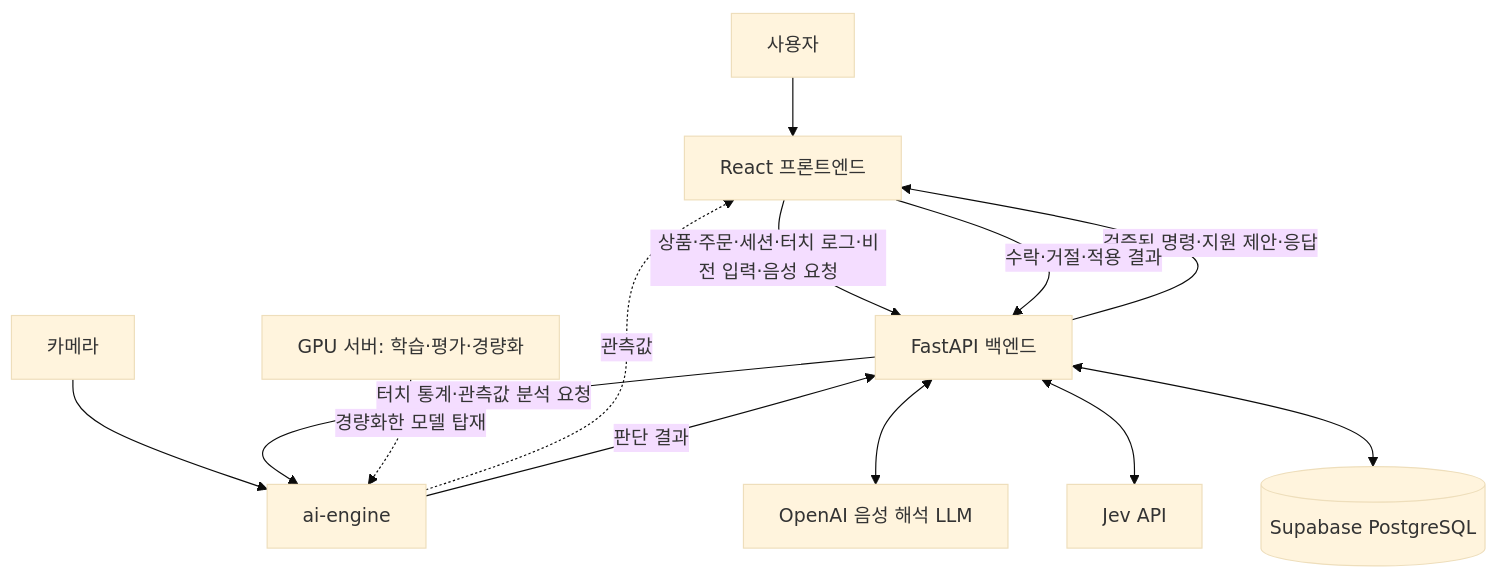
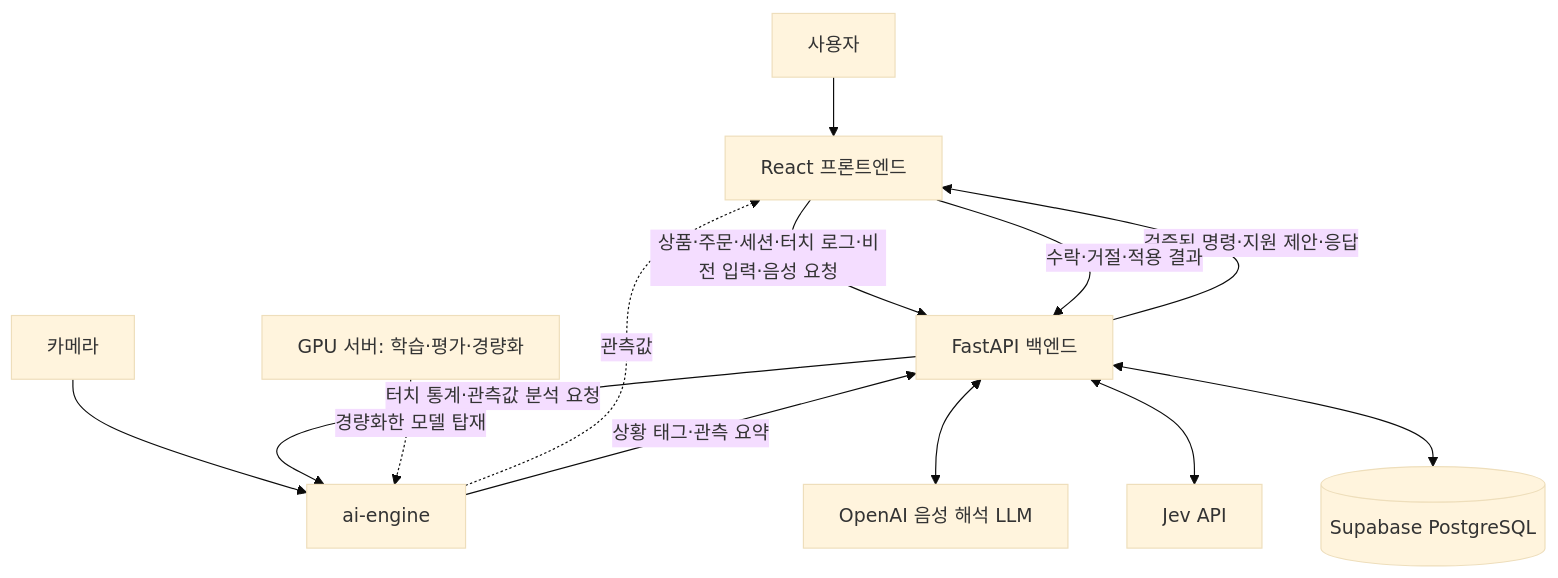
One commit to knu-capstone-design-06/Capstone-design-project changed the diagram in README.md. Above: the diagram before and after it, drawn with Mermaid (base theme). The commit also changed other lines of this file and 3 other files, not shown here.

````diff
--- a/README.md
+++ b/README.md
@@ -93,19 +93,19 @@
 ```mermaid
 flowchart TD
     USER[사용자] --> FE[React 프론트엔드]
     CAMERA[카메라] --> AI
     AI -.->|관측값| FE
 
     FE -->|상품·주문·세션·터치 로그·비전 입력·음성 요청| BE[FastAPI 백엔드]
 
     BE <--> DB[(Supabase PostgreSQL)]
     BE -->|터치 통계·관측값 분석 요청| AI[ai-engine]
 
     BE <--> JEV[Jev API]
     BE <--> VOICE[OpenAI 음성 해석 LLM]
 
-    AI -->|판단 결과| BE
+    AI -->|상황 태그·관측 요약| BE
     BE -->|검증된 명령·지원 제안·응답| FE
     FE -->|수락·거절·적용 결과| BE
     GPU[GPU 서버: 학습·평가·경량화] -.->|경량화한 모델 탑재| AI
 ```
````
